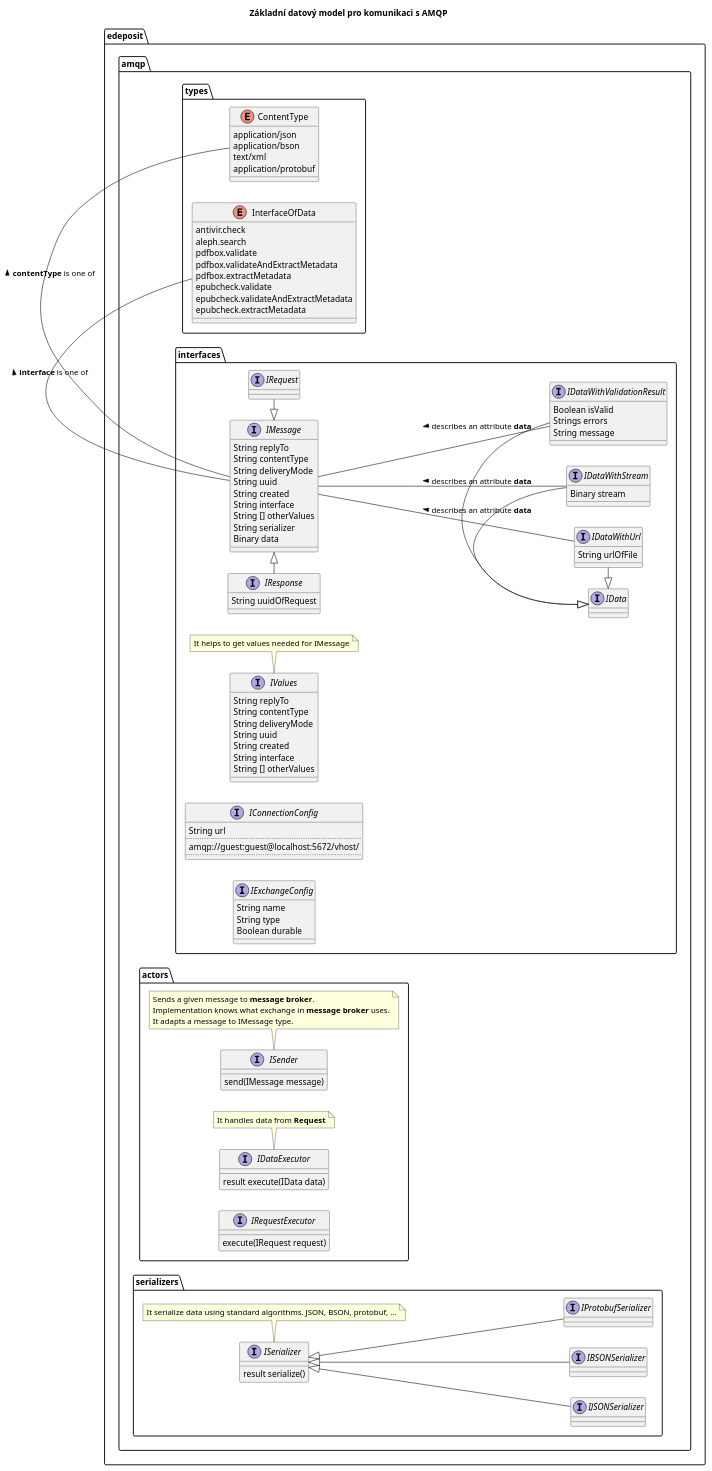
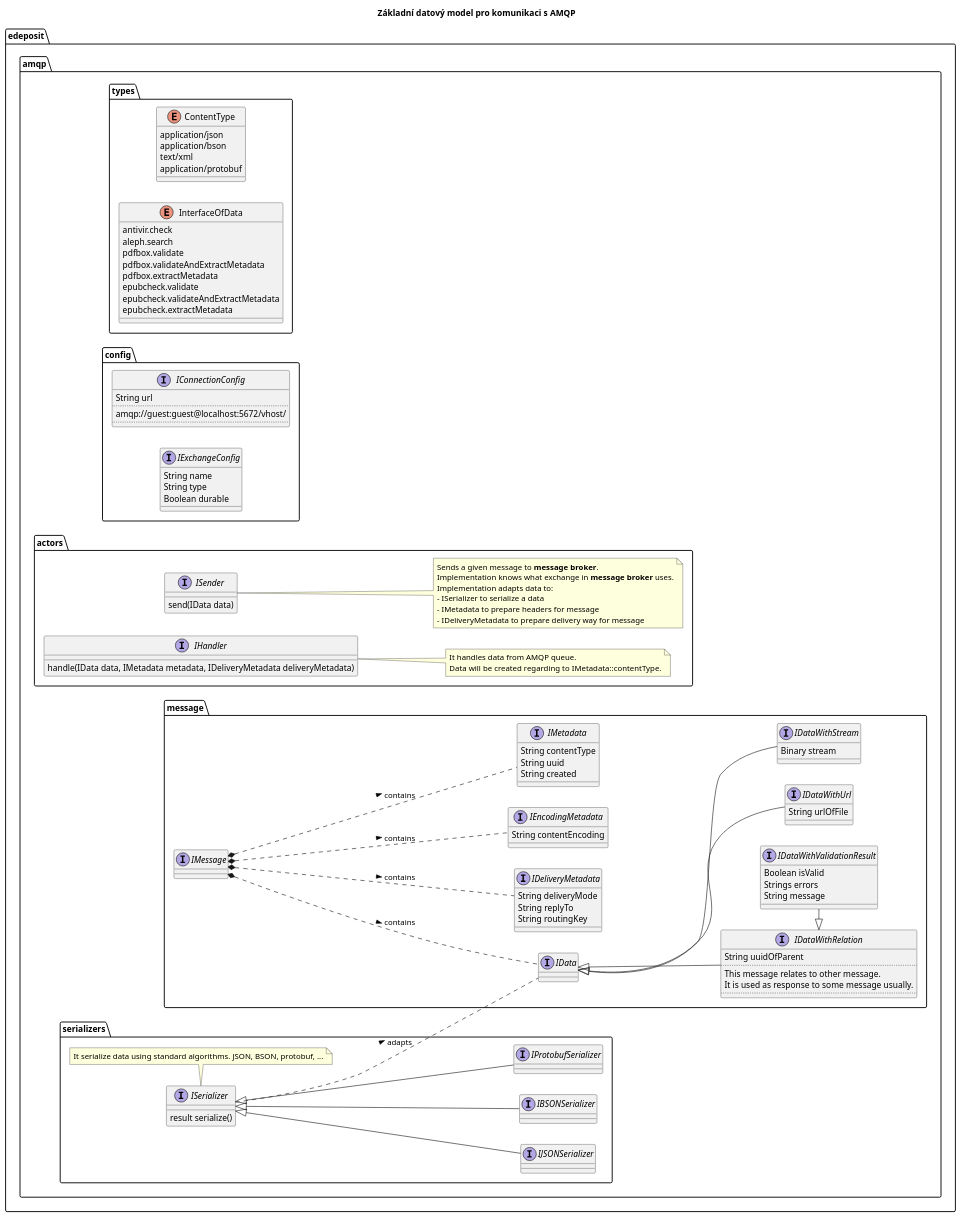
The diagram in docs/middleware/dm00.plantuml (edeposit/edeposit), drawn with PlantUML before and after one commit. The commit also changed 1 other file, not shown here.

Commit message:
splitted interfaces.py into message.py config.py jstavel/edeposit.amqp#2

```diff
--- a/docs/middleware/dm00.plantuml
+++ b/docs/middleware/dm00.plantuml
@@ -1,151 +1,145 @@
 @startuml
 skinparam componentStyle uml2
 left to right direction
 title Základní datový model pro komunikaci s AMQP
 
 package edeposit.amqp.types {
 enum ContentType {
      application/json
      application/bson
      text/xml
      application/protobuf
 }
 
 enum InterfaceOfData {
      antivir.check
      aleph.search
      pdfbox.validate
      pdfbox.validateAndExtractMetadata
      pdfbox.extractMetadata
      epubcheck.validate
      epubcheck.validateAndExtractMetadata
      epubcheck.extractMetadata
 }
 }
 
-
-package edeposit.amqp.interfaces {
+package edeposit.amqp.config {
 Interface IConnectionConfig {
       String url
       ..
       amqp://guest:guest@localhost:5672/vhost/      
       ..
 }
 
 Interface IExchangeConfig {
       String name
       String type
       Boolean durable
 }
+}
 
-Interface IMessage {
+package edeposit.amqp.message {
+Interface IDeliveryMetadata {
+      String deliveryMode
       String replyTo
+      String routingKey
+}
+
+Interface IEncodingMetadata {
+      String contentEncoding
+}
+
+Interface IMetadata {
       String contentType
-      String deliveryMode
       String uuid
       String created
-      String interface
-      String [] otherValues
-      String serializer
-      Binary data
 }
 
-interface IRequest {
+Interface IData {
 }
 
-interface IResponse {
-      String uuidOfRequest
+interface IDataWithRelation {
+      String uuidOfParent
+      ..
+      This message relates to other message. 
+      It is used as response to some message usually.
+      ..
 }
 
-IMessage <|-right- IRequest
-IMessage <|-left- IResponse
-        
-        interface IData {
-        }       
+interface IMessage {
+}
+
+IMessage *.. IData : > contains
+IMessage *.. IDeliveryMetadata : > contains
+IMessage *.. IMetadata : > contains
+IMessage *.. IEncodingMetadata : > contains
 
         interface IDataWithUrl {
               String urlOfFile
         }
 
         interface IDataWithStream {
               Binary stream
         }
 
         interface IDataWithValidationResult {
                   Boolean isValid
                   Strings errors
                   String message
         }
 
-        IData <|-right- IDataWithUrl
-        IData <|-right- IDataWithStream
-        IData <|-right- IDataWithValidationResult
+IDataWithRelation <|- IDataWithValidationResult
 
-        interface IValues {
-              String replyTo
-              String contentType
-              String deliveryMode
-              String uuid
-              String created
-              String interface
-              String [] otherValues
-        }
-        note bottom
-        It helps to get values needed for IMessage
-        end note
+IData <|-- IDataWithRelation
+IData <|-- IDataWithUrl
+IData <|-- IDataWithStream
+
 }
-
-
-IMessage -- IDataWithUrl : < describes an attribute <b>data</b>
-IMessage -- IDataWithStream : < describes an attribute <b>data</b>
-IMessage -left- ContentType : <b>contentType</b> is one of >
-IMessage -left- InterfaceOfData : <b>interface</b> is one of >
-
-IMessage -- IDataWithValidationResult : < describes an attribute <b>data</b>
 
 package edeposit.amqp.actors {
         interface ISender {
-                send(IMessage message)                            
+                send(IData data)
         }
-        note bottom
-        Sends a given message to <b>message broker</b>. 
+        note right
+        Sends a given message to <b>message broker</b>.
         Implementation knows what exchange in <b>message broker</b> uses.
-        It adapts a message to IMessage type.
+        Implementation adapts data to:
+        - ISerializer to serialize a data
+        - IMetadata to prepare headers for message
+        - IDeliveryMetadata to prepare delivery way for message
         end note
         
-        interface IDataExecutor {
-                  result execute(IData data)
+        interface IHandler {
+                  handle(IData data, IMetadata metadata, IDeliveryMetadata deliveryMetadata)
         }
-        note bottom
-        It handles data from <b>Request</b>
+        note right
+        It handles data from AMQP queue.
+        Data will be created regarding to IMetadata::contentType.
         end note
-
-        interface IRequestExecutor {
-                  execute(IRequest request)                  
-        }
 }
 
 package edeposit.amqp.serializers {
         interface ISerializer {
                   result serialize()
         }
         note bottom
         It serialize data using standard algorithms. JSON, BSON, protobuf, ...
         end note
 
         interface IJSONSerializer {
         }       
 
         interface IBSONSerializer {
         }       
 
         interface IProtobufSerializer {
         }       
         
         ISerializer <|-- IJSONSerializer
         ISerializer <|-- IBSONSerializer
         ISerializer <|-- IProtobufSerializer
 }        
-        
+
+ISerializer .. IData : > adapts        
 
 @enduml
```
